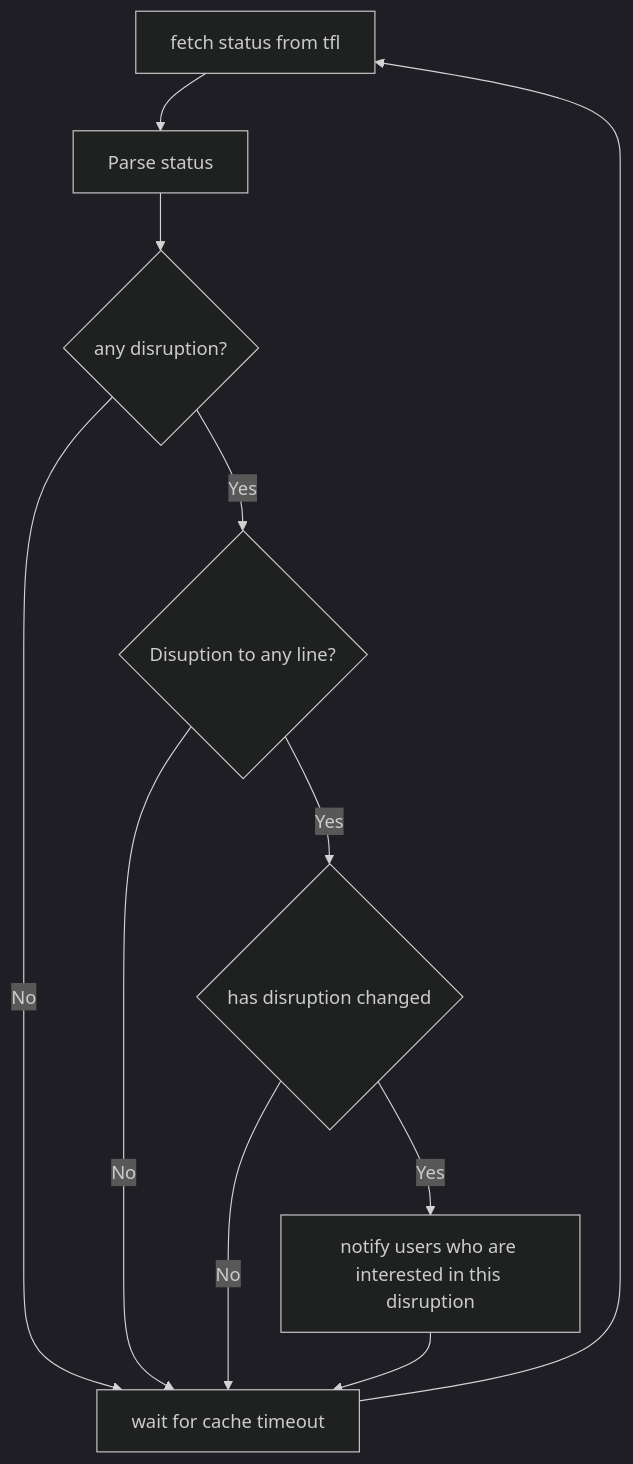
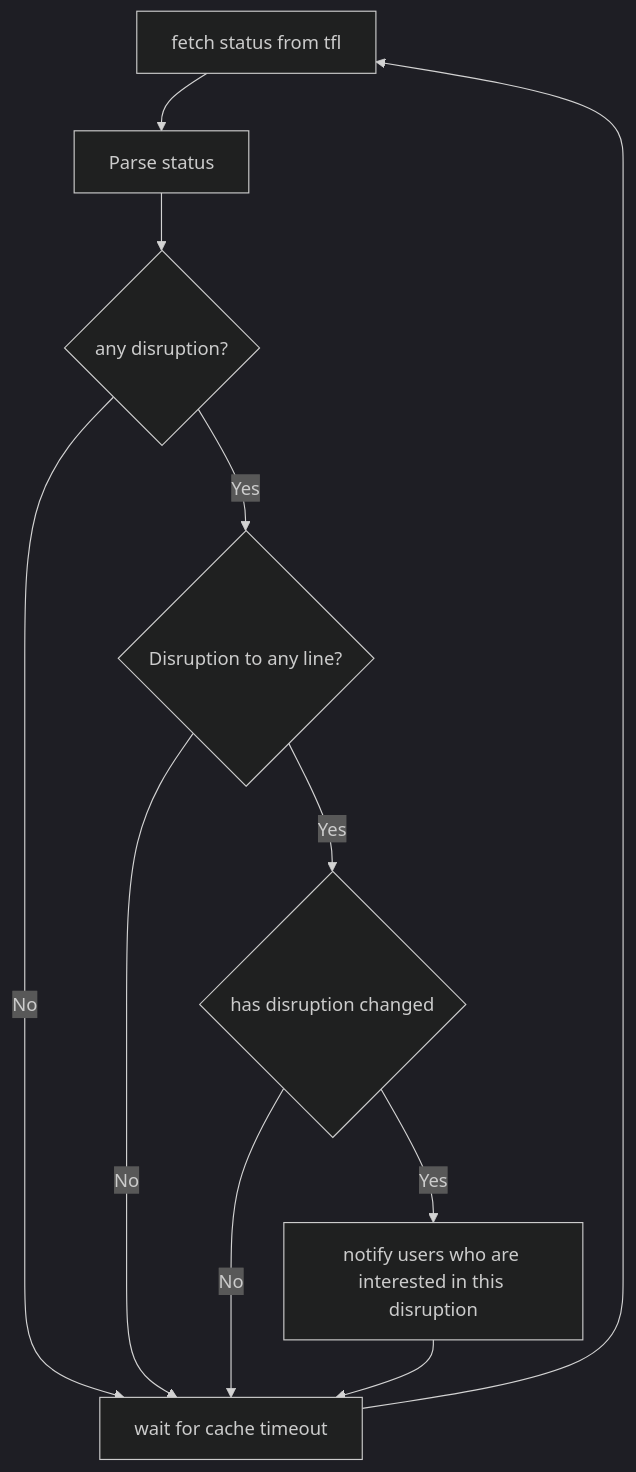
The first of 2 diagrams in architecture.md (mnbf9rca/tube_alert), drawn with Mermaid (dark theme) before and after one commit.

````diff
--- a/architecture.md
+++ b/architecture.md
@@ -3,15 +3,15 @@
 ```mermaid
 
 flowchart TD
     A[fetch status from tfl] -->B[Parse status]
     B-->C{any disruption?}
     C-- No -->D[wait for cache timeout]
     D-->A
-    C-- Yes -->E{Disuption to any line?}
+    C-- Yes -->E{Disruption to any line?}
     E-- No --> D
     E-- Yes -->F{has disruption changed}
     F-- No -->D
     F-- Yes -->G[notify users who are interested in this disruption]
     G-->D
 
 ```
````
